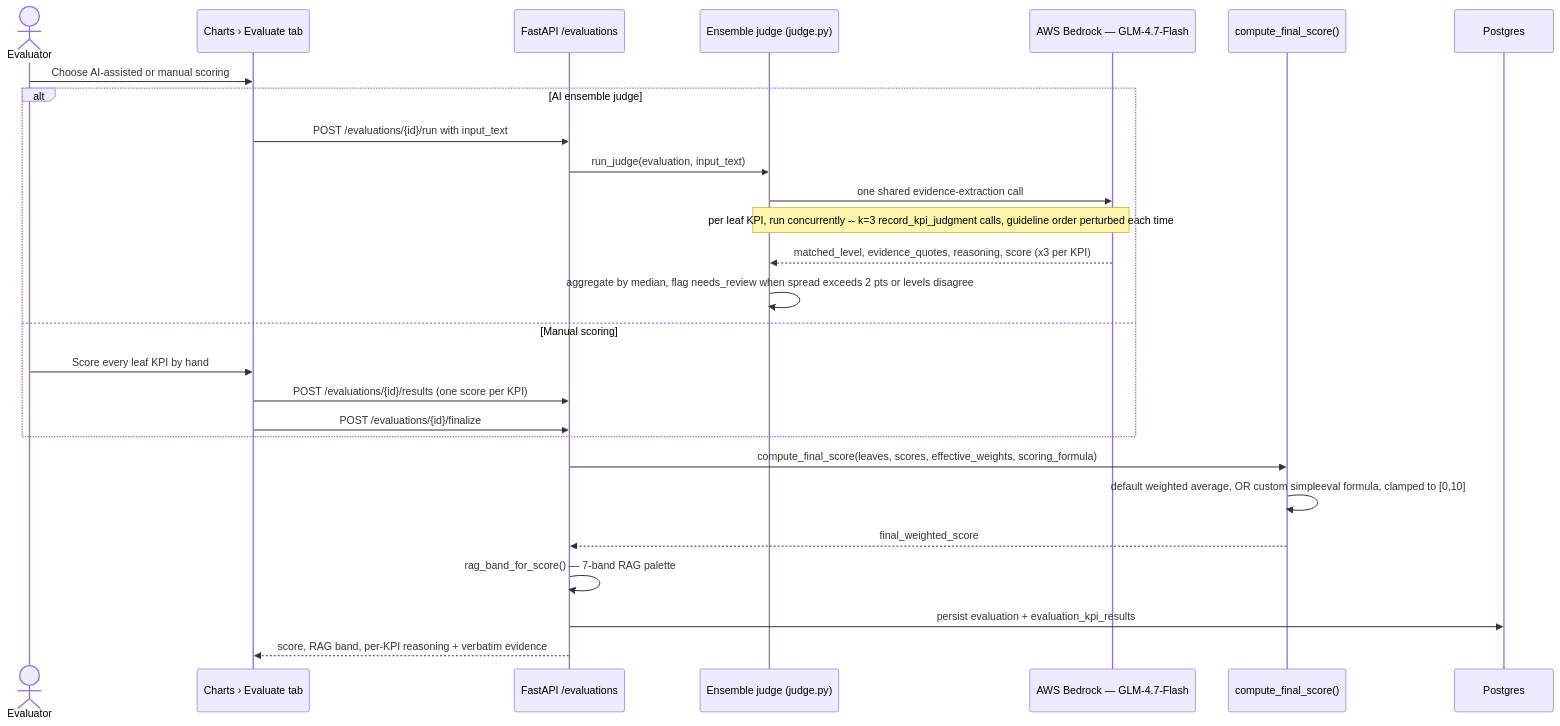
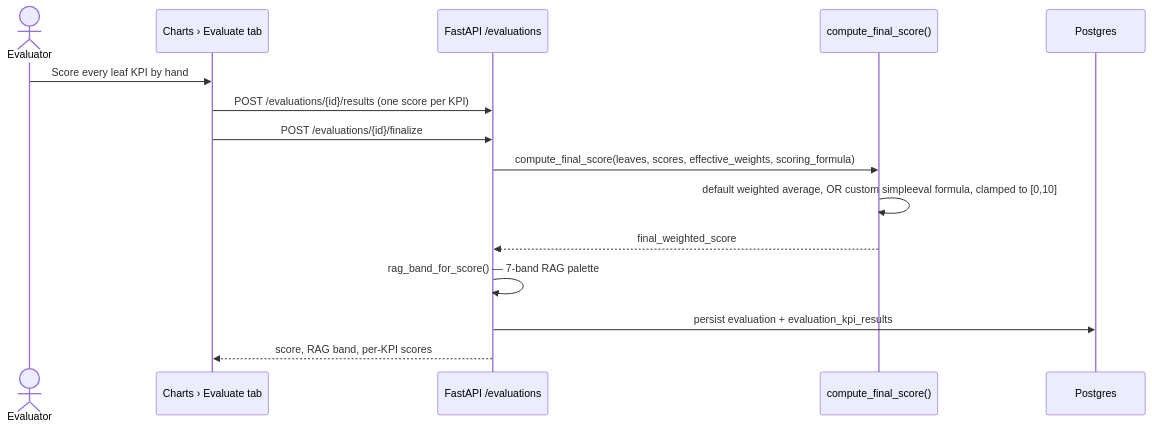
One commit to thearpankumar/ScoreSmith changed the sixth of 6 diagrams in docs/ai-features.md. Above: the diagram before and after it, drawn with Mermaid. The commit also changed other lines of this file and 20 other files, not shown here.

Commit message:
feat: chat can now review, research and rewrite KPI rubrics per KPI or category so Jev scores with confidence, drop the legacy /run judge, fix category weight clear 500

````diff
--- a/docs/ai-features.md
+++ b/docs/ai-features.md
@@ -382,30 +396,18 @@
 ```mermaid
 sequenceDiagram
     actor Evaluator
     participant UI as Charts › Evaluate tab
     participant API as FastAPI /evaluations
-    participant Judge as Ensemble judge (judge.py)
-    participant Bedrock as AWS Bedrock — GLM-4.7-Flash
     participant Formula as compute_final_score()
     participant DB as Postgres
 
-    Evaluator->>UI: Choose AI-assisted or manual scoring
-    alt AI ensemble judge
-        UI->>API: POST /evaluations/{id}/run with input_text
-        API->>Judge: run_judge(evaluation, input_text)
-        Judge->>Bedrock: one shared evidence-extraction call
-        Note over Judge,Bedrock: per leaf KPI, run concurrently -- k=3 record_kpi_judgment calls, guideline order perturbed each time
-        Bedrock-->>Judge: matched_level, evidence_quotes, reasoning, score (x3 per KPI)
-        Judge->>Judge: aggregate by median, flag needs_review when spread exceeds 2 pts or levels disagree
-    else Manual scoring
-        Evaluator->>UI: Score every leaf KPI by hand
-        UI->>API: POST /evaluations/{id}/results  (one score per KPI)
-        UI->>API: POST /evaluations/{id}/finalize
-    end
+    Evaluator->>UI: Score every leaf KPI by hand
+    UI->>API: POST /evaluations/{id}/results  (one score per KPI)
+    UI->>API: POST /evaluations/{id}/finalize
     API->>Formula: compute_final_score(leaves, scores, effective_weights, scoring_formula)
     Formula->>Formula: default weighted average, OR custom simpleeval formula, clamped to [0,10]
     Formula-->>API: final_weighted_score
     API->>API: rag_band_for_score() — 7-band RAG palette
     API->>DB: persist evaluation + evaluation_kpi_results
-    API-->>UI: score, RAG band, per-KPI reasoning + verbatim evidence
+    API-->>UI: score, RAG band, per-KPI scores
 ```
````
